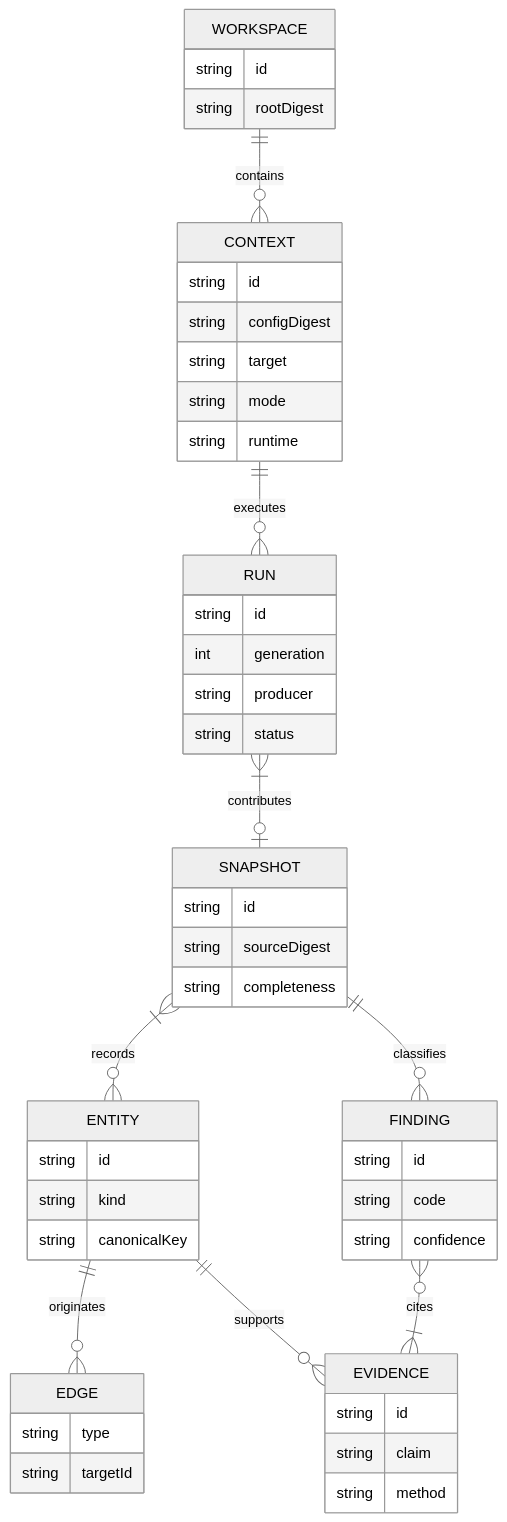
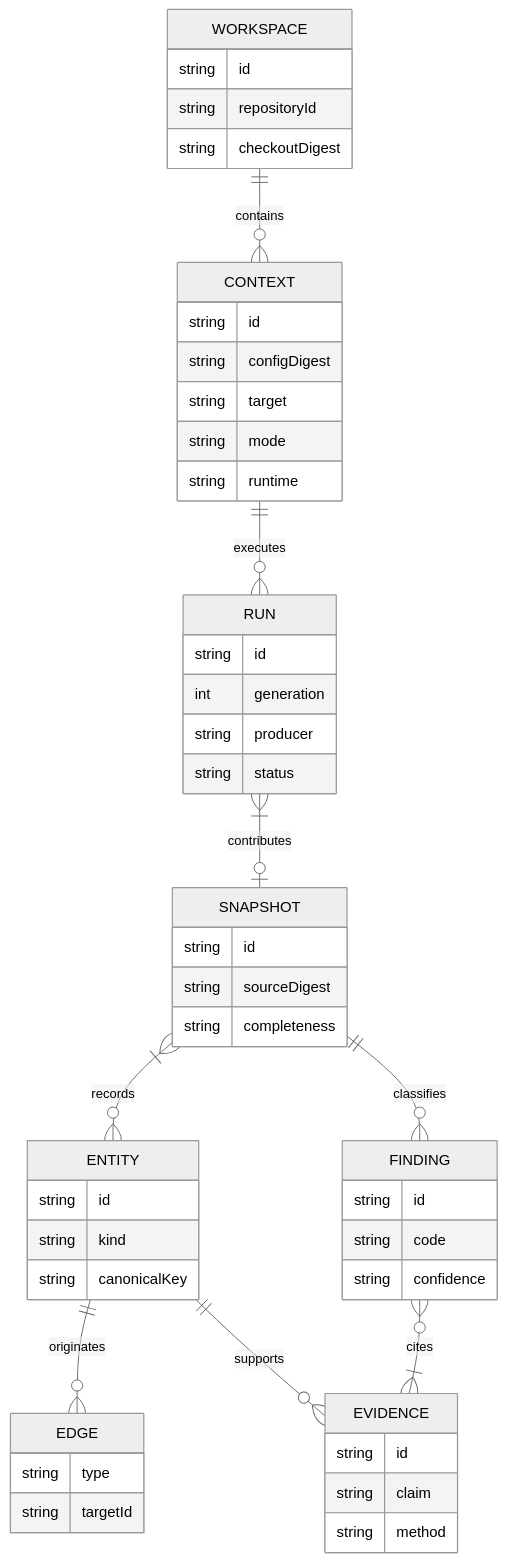
One commit to rstackjs/rstack-cli changed the fourth of 10 diagrams in docs/rfcs/0001-rstack-context-engine.md. Above: the diagram before and after it, drawn with Mermaid (neutral theme). The commit also changed other lines of this file and 8 other files, not shown here.

````diff
--- a/docs/rfcs/0001-rstack-context-engine.md
+++ b/docs/rfcs/0001-rstack-context-engine.md
@@ -385,53 +383,54 @@
 ```mermaid
 erDiagram
   WORKSPACE ||--o{ CONTEXT : contains
   CONTEXT ||--o{ RUN : executes
   RUN }|--o| SNAPSHOT : contributes
   SNAPSHOT }|--o{ ENTITY : records
   ENTITY ||--o{ EDGE : originates
   ENTITY ||--o{ EVIDENCE : supports
   SNAPSHOT ||--o{ FINDING : classifies
   FINDING }o--|{ EVIDENCE : cites
 
   WORKSPACE {
     string id
-    string rootDigest
+    string repositoryId
+    string checkoutDigest
   }
   CONTEXT {
     string id
     string configDigest
     string target
     string mode
     string runtime
   }
   RUN {
     string id
     int generation
     string producer
     string status
   }
   SNAPSHOT {
     string id
     string sourceDigest
     string completeness
   }
   ENTITY {
     string id
     string kind
     string canonicalKey
   }
   EDGE {
     string type
     string targetId
   }
   EVIDENCE {
     string id
     string claim
     string method
   }
   FINDING {
     string id
     string code
     string confidence
   }
 ```
````
